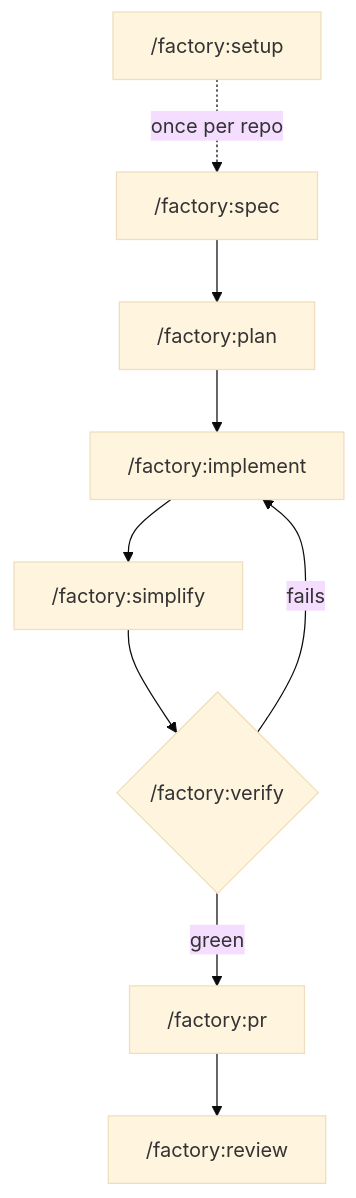
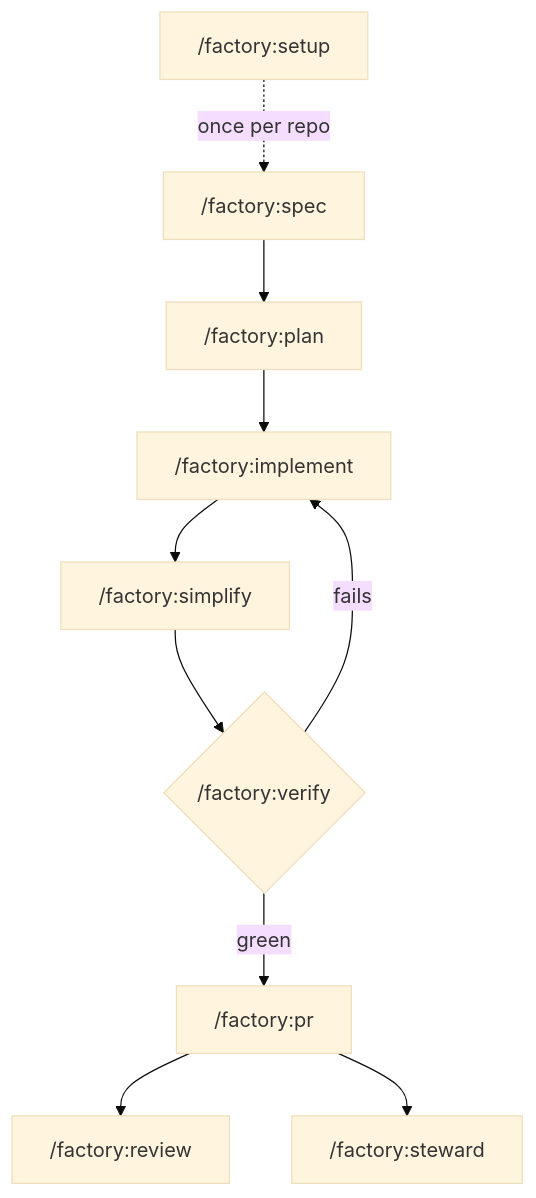
Before and after one commit to drew-simmons/factory: the diagram in README.md, drawn with Mermaid (base theme). The commit also changed other lines of this file and 23 other files, not shown here.

````diff
--- a/README.md
+++ b/README.md
@@ -5,8 +5,9 @@
 ```mermaid
 flowchart TD
   setup["/factory:setup"] -. once per repo .-> spec["/factory:spec"]
   spec --> plan["/factory:plan"] --> implement["/factory:implement"]
   implement --> simplify["/factory:simplify"] --> verify{"/factory:verify"}
   verify -- fails --> implement
   verify -- green --> pr["/factory:pr"] --> review["/factory:review"]
+  pr --> steward["/factory:steward"]
 ```
````
